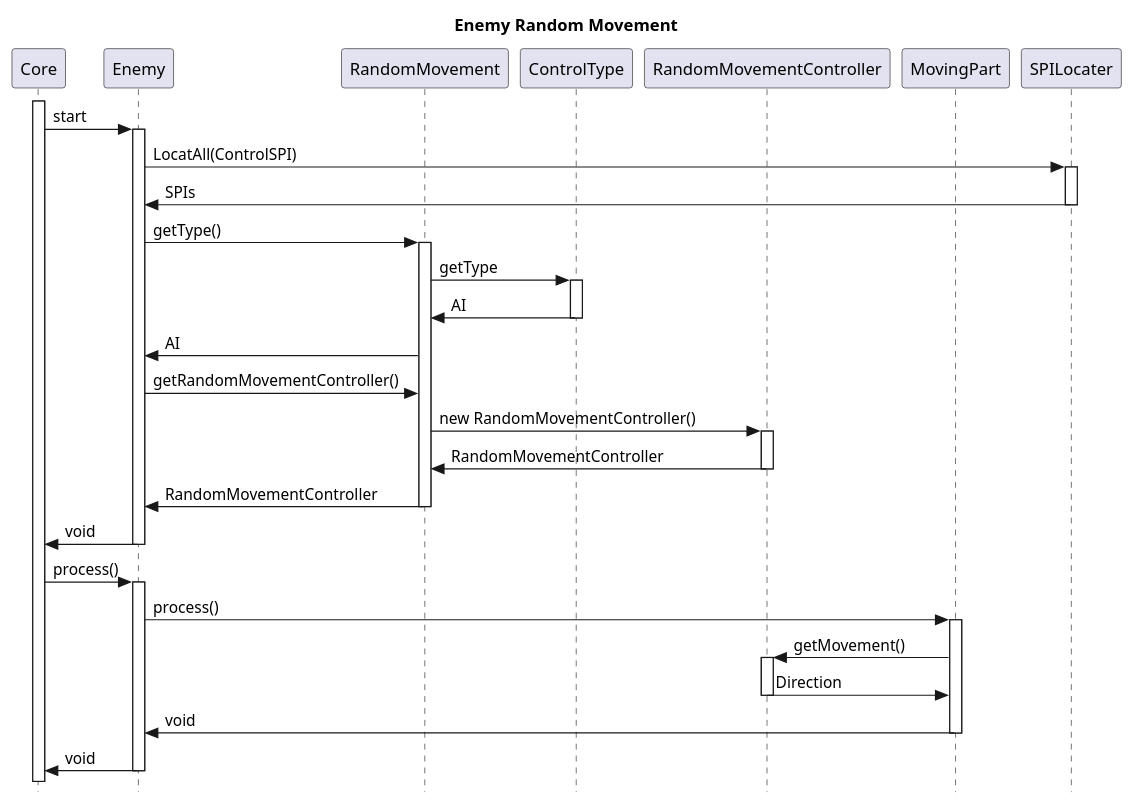
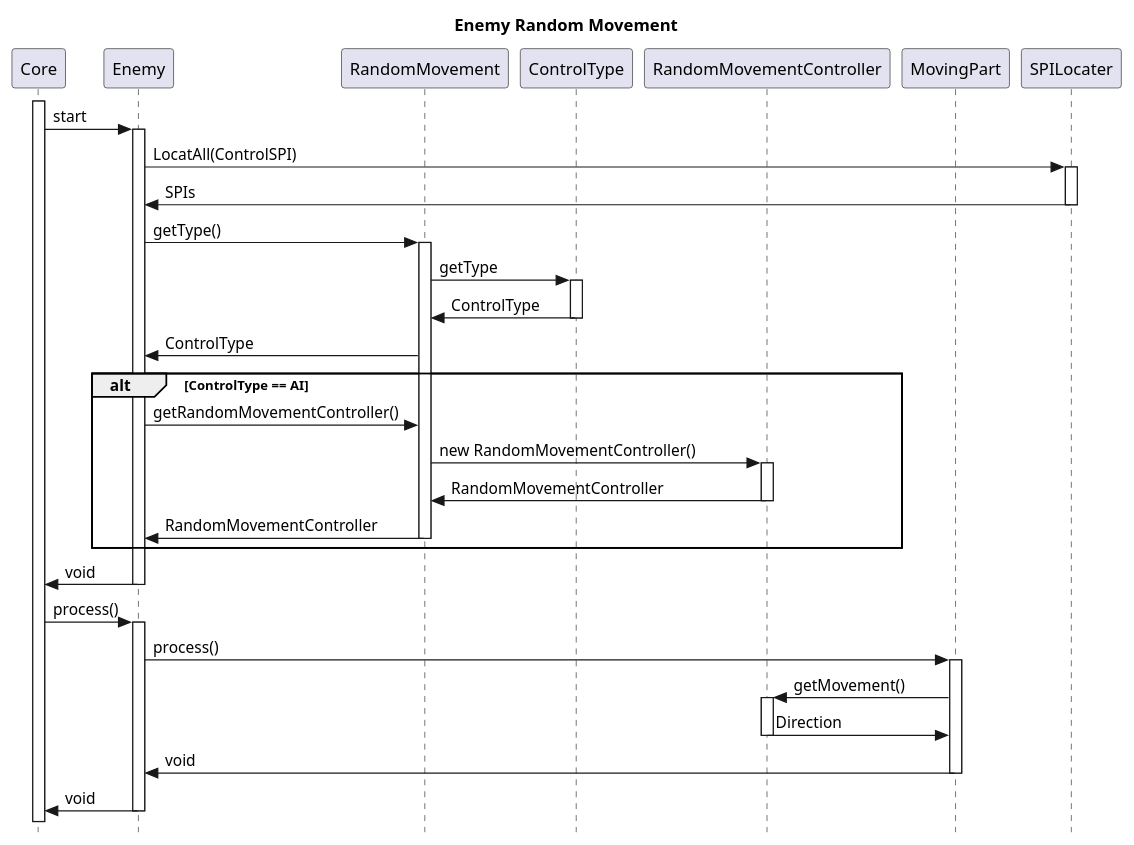
Before and after one commit to sesem4/Nelda: the diagram in docs/diagrams/SequenceDiagrams/RandomMovement.puml, drawn with PlantUML.

Commit message:
Enemy Random Movement sequence diagram is updated

```diff
--- a/docs/diagrams/SequenceDiagrams/RandomMovement.puml
+++ b/docs/diagrams/SequenceDiagrams/RandomMovement.puml
@@ -1,47 +1,50 @@
 @startuml Enemy Random Movement
 skinparam style strictuml
 title Enemy Random Movement
 participant Core
 participant Enemy
 participant RandomMovement
 participant ControlType
 participant RandomMovementController
 participant MovingPart
 participant SPILocater
 
 activate Core
 Core -> Enemy: start
 activate Enemy
 Enemy -> SPILocater: LocatAll(ControlSPI)
 activate SPILocater
 SPILocater -> Enemy: SPIs
 deactivate SPILocater
 Enemy -> RandomMovement: getType()
 activate RandomMovement
 RandomMovement -> ControlType: getType
 activate ControlType
-ControlType -> RandomMovement: AI
+ControlType -> RandomMovement: ControlType
 deactivate ControlType
-RandomMovement -> Enemy: AI
+RandomMovement -> Enemy: ControlType
+alt ControlType == AI
 Enemy -> RandomMovement: getRandomMovementController()
 RandomMovement -> RandomMovementController: new RandomMovementController()
 activate RandomMovementController
 RandomMovementController -> RandomMovement: RandomMovementController
 deactivate RandomMovementController
 RandomMovement -> Enemy: RandomMovementController
 deactivate RandomMovement
+end
+
 Enemy -> Core: void
 deactivate Enemy
 Core -> Enemy : process()
 activate Enemy
 Enemy -> MovingPart : process()
 activate MovingPart
 MovingPart -> RandomMovementController : getMovement()
 activate RandomMovementController
 RandomMovementController -> MovingPart : Direction
 deactivate RandomMovementController
 MovingPart -> Enemy : void
 deactivate MovingPart
 Enemy -> Core : void
 deactivate Enemy
 @enduml
```
